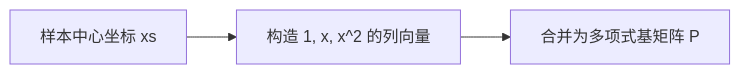
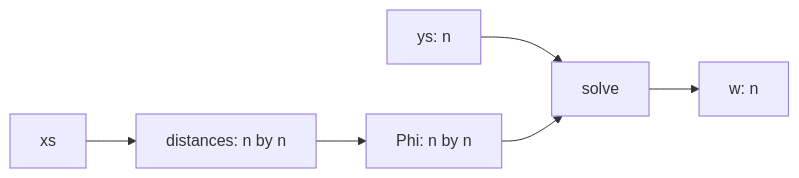
One commit to EvihGraphics/AnimationTech-HTC changed the tenth of 12 diagrams in docs/blog/Theory/radial_basis_function/README.md. Above: the diagram before and after it, drawn with Mermaid. The commit also changed other lines of this file and 6 other files, not shown here.

````diff
--- a/docs/blog/Theory/radial_basis_function/README.md
+++ b/docs/blog/Theory/radial_basis_function/README.md
@@ -208,5 +229,8 @@
 ```mermaid
 flowchart LR
-    A[样本中心坐标 xs] --> B[构造 1, x, x^2 的列向量]
-    B --> C[合并为多项式基矩阵 P]
+    A[xs] --> B[distances: n by n]
+    B --> C[Phi: n by n]
+    D[ys: n] --> E[solve]
+    C --> E
+    E --> F[w: n]
 ```
````
